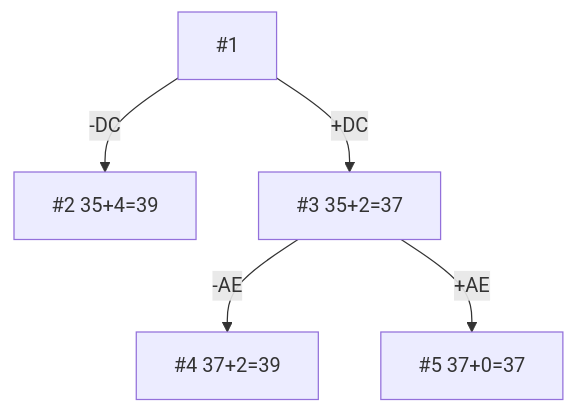
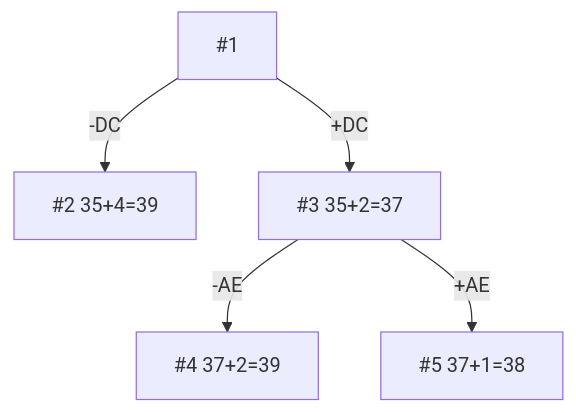
One commit to hse-algo-24-raven/manual-tasks-raven changed the second of 4 diagrams in task-12/pustobek.md. Above: the diagram before and after it, drawn with Mermaid.

Commit message:
fixed mistakes

````diff
--- a/task-12/pustobek.md
+++ b/task-12/pustobek.md
@@ -154,13 +154,13 @@
 ```mermaid
 graph TB
 1["#1"]
 2["#2 35+4=39"]
 3["#3 35+2=37"]
 4["#4 37+2=39"]
-5["#5 37+0=37"]
+5["#5 37+1=38"]
 
 1 -- "-DC" --> 2
 1 -- "+DC" --> 3
 3 -- "-AE" --> 4
 3 -- "+AE" --> 5
 ```
````
